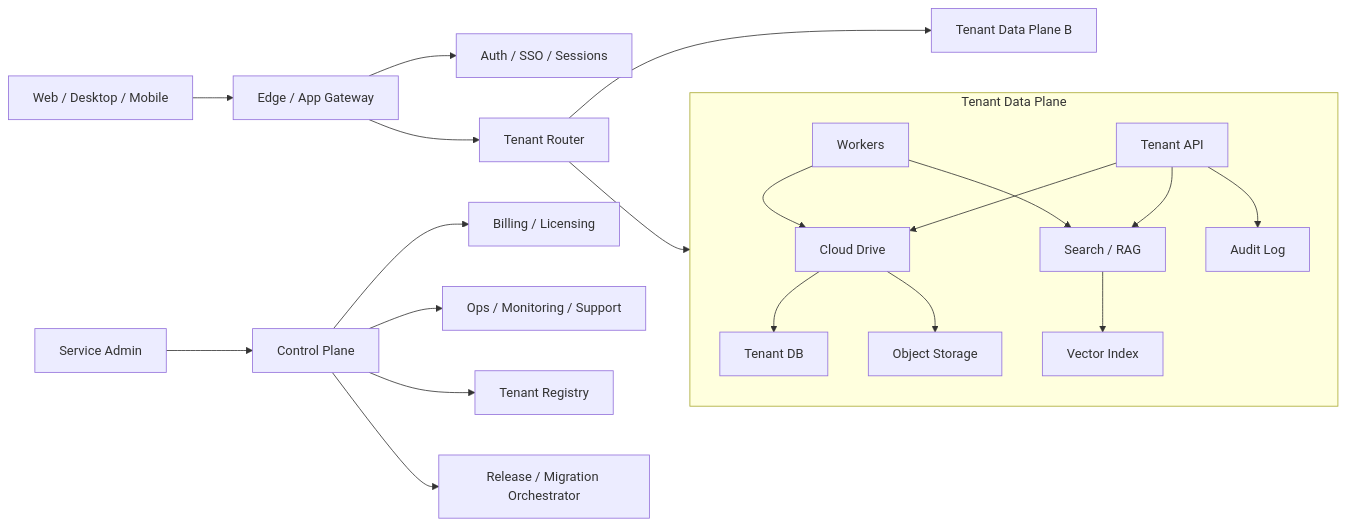
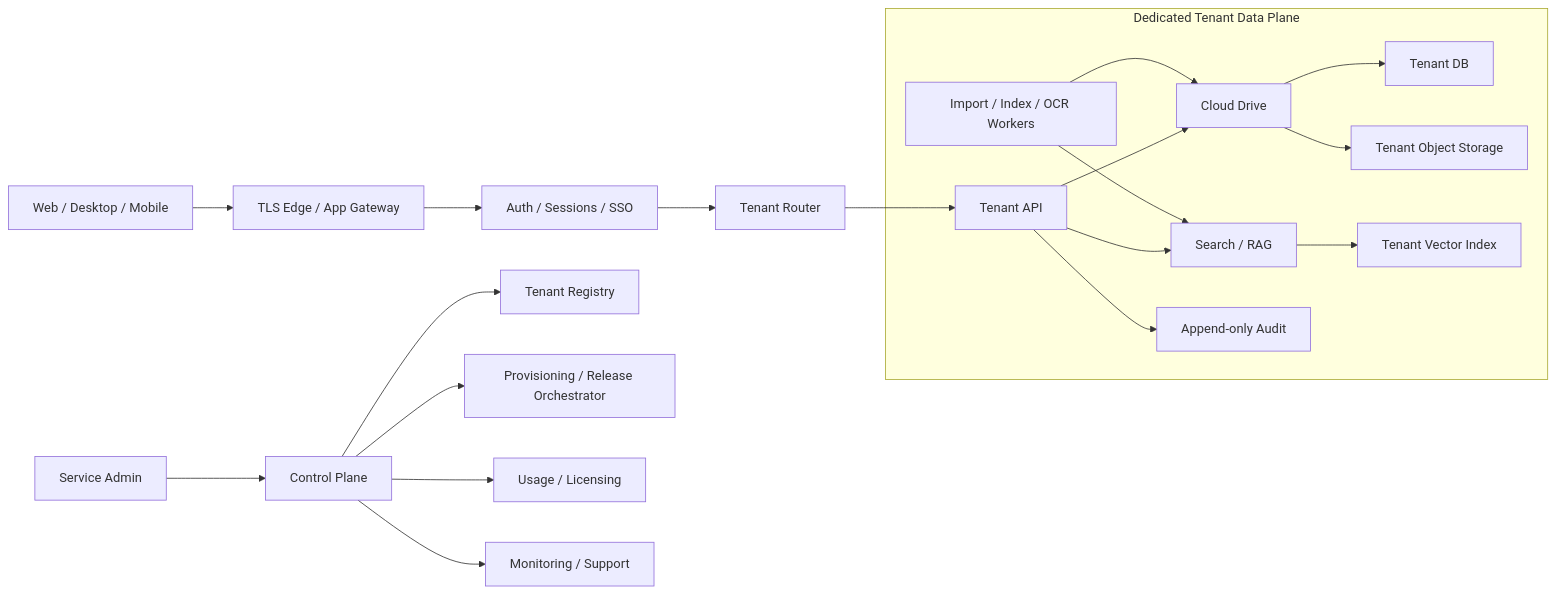
One commit to kolobashek/rag-semantic-search changed the first of 2 diagrams in docs/CLOUD_SERVICE_ROADMAP.md. Above: the diagram before and after it, drawn with Mermaid. The commit also changed other lines of this file and 2 other files, not shown here.

Commit message:
Refine cloud service delivery roadmap

````diff
--- a/docs/CLOUD_SERVICE_ROADMAP.md
+++ b/docs/CLOUD_SERVICE_ROADMAP.md
@@ -61,35 +61,25 @@
 ```mermaid
 flowchart LR
-    Users["Web / Desktop / Mobile"] --> Edge["Edge / App Gateway"]
-    Admins["Service Admin"] --> Control["Control Plane"]
-    Edge --> Auth["Auth / SSO / Sessions"]
-    Edge --> TenantRouter["Tenant Router"]
+    Users["Web / Desktop / Mobile"] --> Edge["TLS Edge / App Gateway"]
+    Edge --> Identity["Auth / Sessions / SSO"]
+    Identity --> Router["Tenant Router"]
+    ServiceAdmin["Service Admin"] --> Control["Control Plane"]
 
-    Control --> Billing["Billing / Licensing"]
-    Control --> Ops["Ops / Monitoring / Support"]
     Control --> TenantRegistry["Tenant Registry"]
-    Control --> Release["Release / Migration Orchestrator"]
+    Control --> Release["Provisioning / Release Orchestrator"]
+    Control --> Metering["Usage / Licensing"]
+    Control --> Ops["Monitoring / Support"]
 
-    TenantRouter --> DataPlaneA["Tenant Data Plane A"]
-    TenantRouter --> DataPlaneB["Tenant Data Plane B"]
+    Router --> TenantAPI["Tenant API"]
 
-    subgraph DataPlaneA["Tenant Data Plane"]
-        API["Tenant API"]
-        Drive["Cloud Drive"]
-        Search["Search / RAG"]
-        Workers["Workers"]
-        DB["Tenant DB"]
-        Objects["Object Storage"]
-        Vector["Vector Index"]
-        Audit["Audit Log"]
+    subgraph TenantPlane["Dedicated Tenant Data Plane"]
+        TenantAPI --> Drive["Cloud Drive"]
+        TenantAPI --> Search["Search / RAG"]
+        TenantAPI --> Audit["Append-only Audit"]
+        Workers["Import / Index / OCR Workers"] --> Drive
+        Workers --> Search
+        Drive --> DB["Tenant DB"]
+        Drive --> Objects["Tenant Object Storage"]
+        Search --> Vector["Tenant Vector Index"]
     end
-
-    API --> Drive
-    API --> Search
-    Workers --> Drive
-    Workers --> Search
-    Drive --> DB
-    Drive --> Objects
-    Search --> Vector
-    API --> Audit
 ```
````
